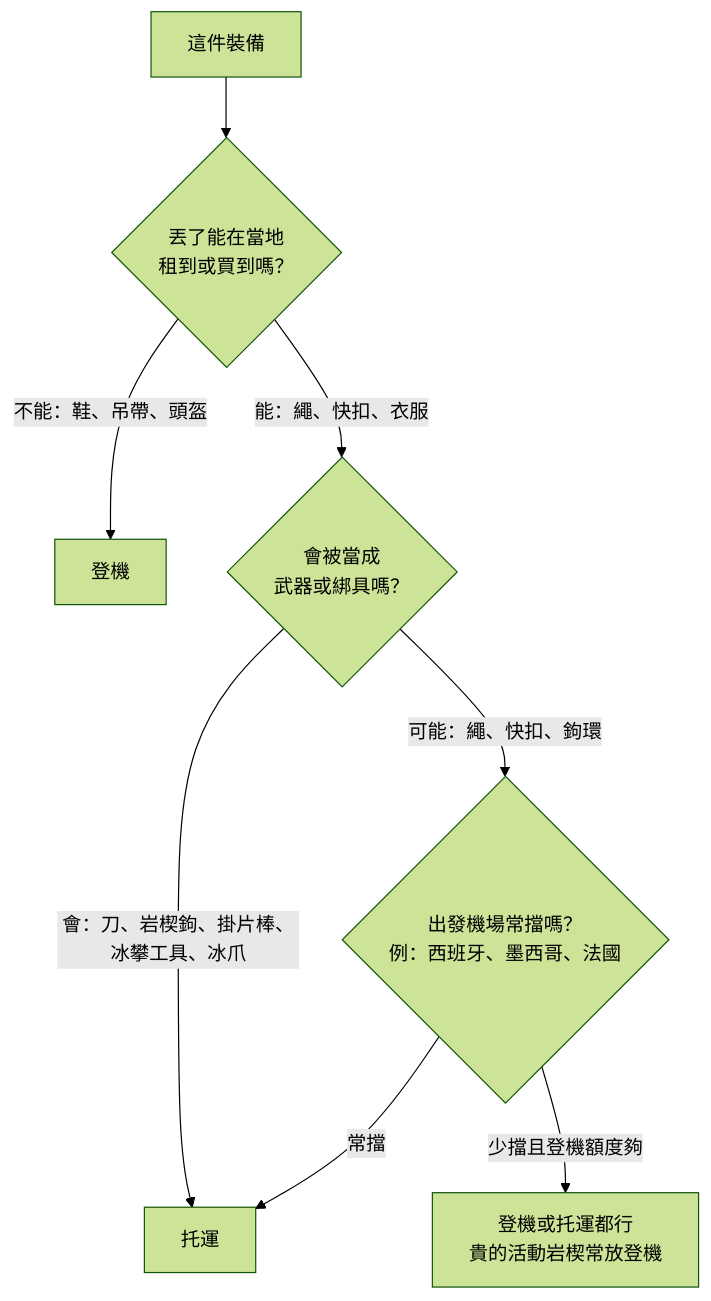
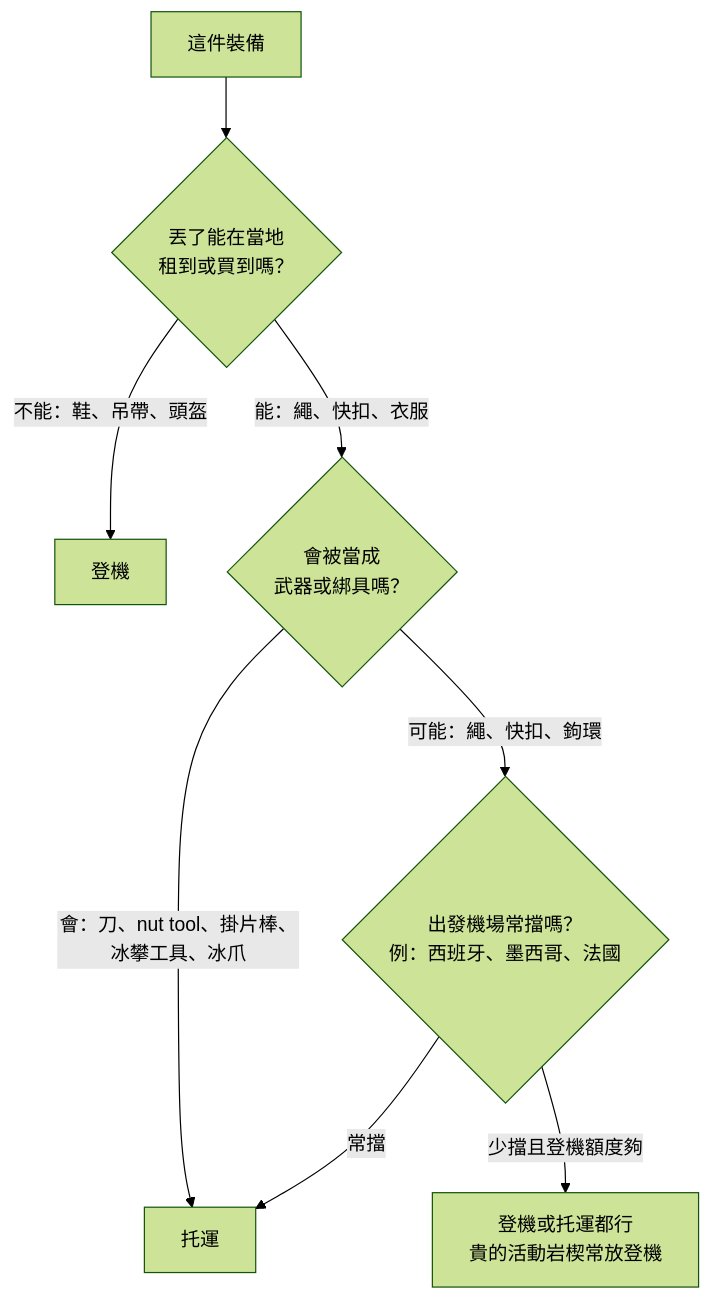
The diagram in src/content/posts/climbing/2026-10-19-climbing-travel-packing-examples.md (vincentxuu/quidproquo), drawn with Mermaid (forest theme) before and after one commit. The commit also changed other lines of this file and 6 other files, not shown here.

First line of the commit message:
fix(climbing): 拆岩楔的工具直接寫 nut tool

````diff
--- a/src/content/posts/climbing/2026-10-19-climbing-travel-packing-examples.md
+++ b/src/content/posts/climbing/2026-10-19-climbing-travel-packing-examples.md
@@ -332,10 +332,10 @@
 ```mermaid
 flowchart TB
   A["這件裝備"] --> B{"丟了能在當地<br/>租到或買到嗎？"}
   B -->|"不能：鞋、吊帶、頭盔"| C["登機"]
   B -->|"能：繩、快扣、衣服"| D{"會被當成<br/>武器或綁具嗎？"}
-  D -->|"會：刀、岩楔鉤、掛片棒、冰攀工具、冰爪"| E["托運"]
+  D -->|"會：刀、nut tool、掛片棒、冰攀工具、冰爪"| E["托運"]
   D -->|"可能：繩、快扣、鉤環"| F{"出發機場常擋嗎？<br/>例：西班牙、墨西哥、法國"}
   F -->|"常擋"| E
   F -->|"少擋且登機額度夠"| G["登機或托運都行<br/>貴的活動岩楔常放登機"]
 ```
````
